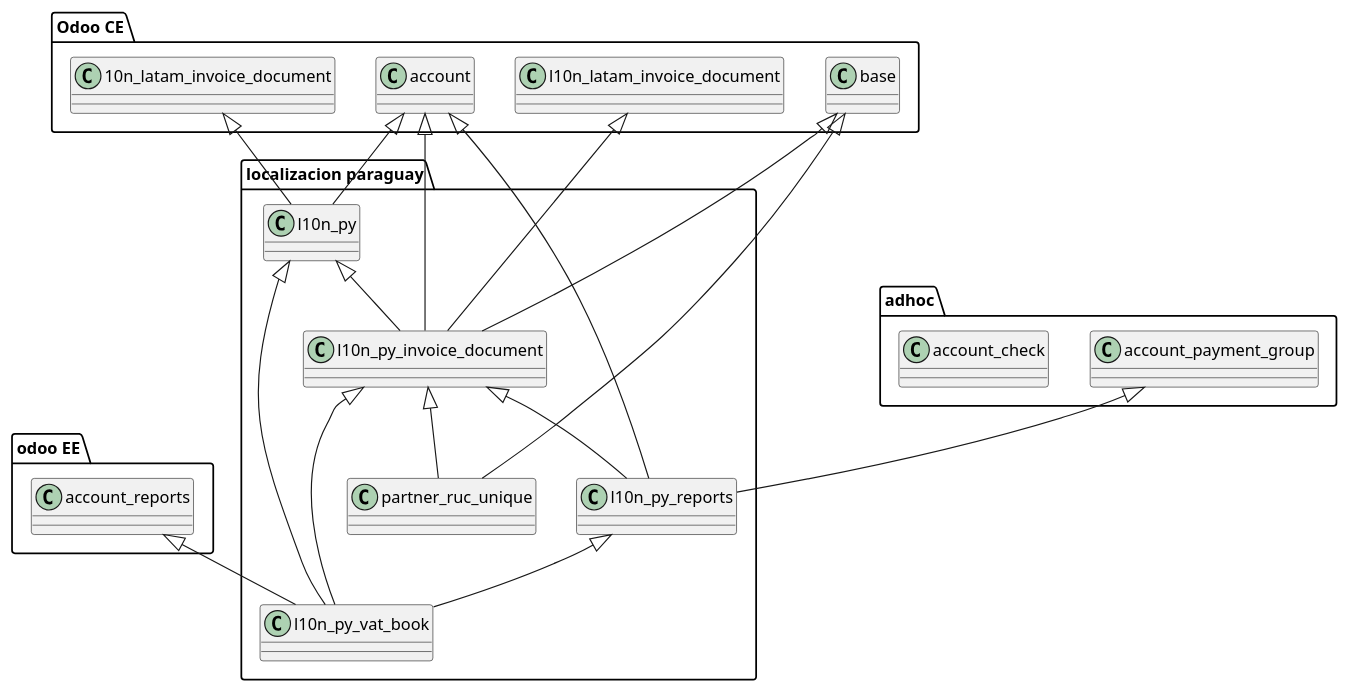
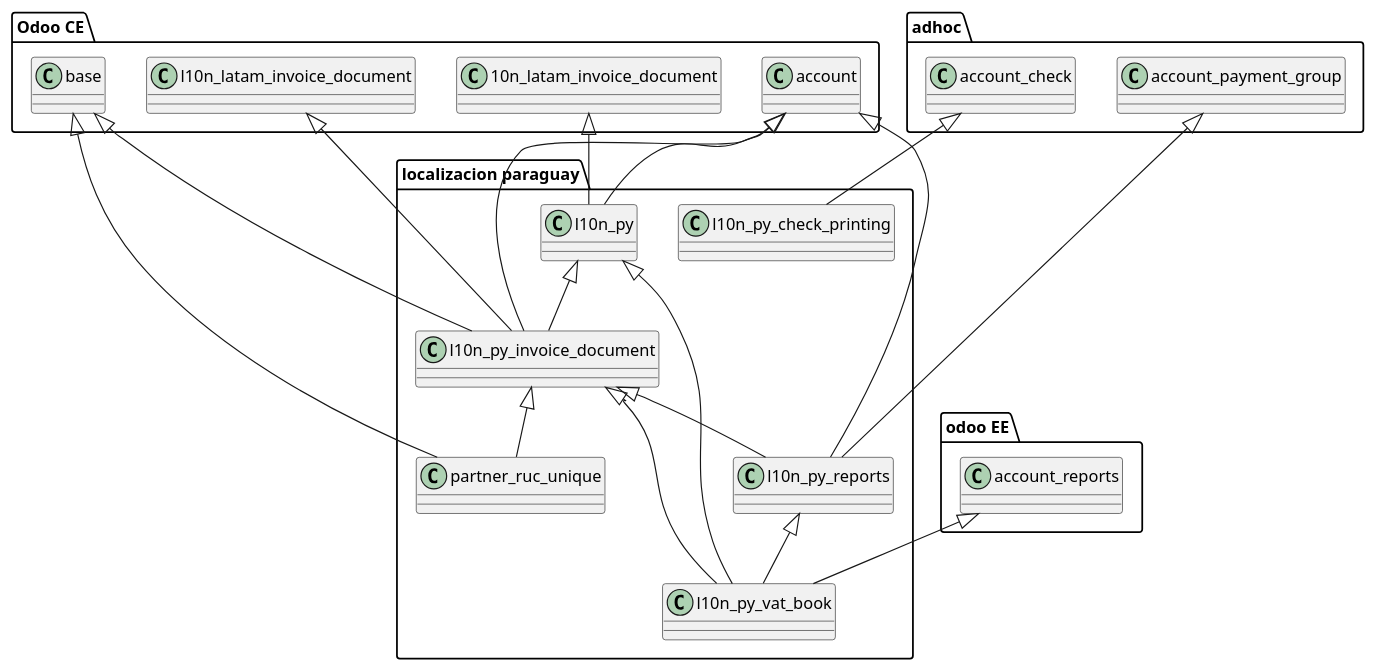
The diagram in doc/global.puml (yasserdjerbi/test), drawn with PlantUML before and after one commit.

Commit message:
[WIP] documentacion

```diff
--- a/doc/global.puml
+++ b/doc/global.puml
@@ -1,47 +1,49 @@
 @startuml
 
 package "odoo EE" {
 class account_reports
 }
 
 package "Odoo CE" {
     class base
     class account
     class l10n_latam_invoice_document
     class 10n_latam_invoice_document
 }
 
 package "adhoc" {
     class account_payment_group
     class account_check
 }
 
 package "localizacion paraguay" {
     class l10n_py
     class l10n_py_invoice_document
     class l10n_py_reports
     class l10n_py_vat_book
     class partner_ruc_unique
+    class l10n_py_check_printing
 }
 
 10n_latam_invoice_document <|-- l10n_py
 account <|-- l10n_py
 
 base <|--- l10n_py_invoice_document
 l10n_py <|-- l10n_py_invoice_document
 account <|--- l10n_py_invoice_document
 l10n_latam_invoice_document <|-- l10n_py_invoice_document
 
 account <|-- l10n_py_reports
 l10n_py_invoice_document <|-- l10n_py_reports
 account_payment_group <|-- l10n_py_reports
 
 l10n_py <|-- l10n_py_vat_book
 l10n_py_reports <|-- l10n_py_vat_book
 l10n_py_invoice_document <|-- l10n_py_vat_book
 account_reports <|-- l10n_py_vat_book
 
 base <|-- partner_ruc_unique
 l10n_py_invoice_document <|-- partner_ruc_unique
+account_check <|-- l10n_py_check_printing
 
 @enduml
```
